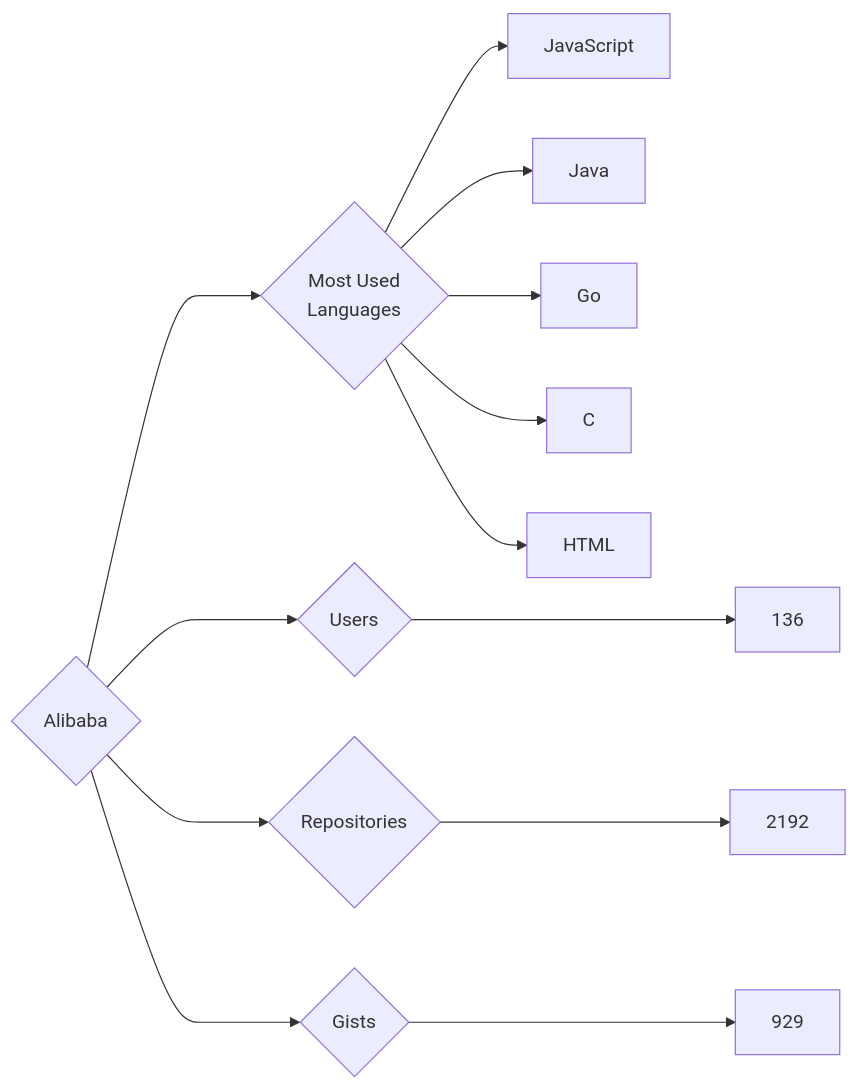
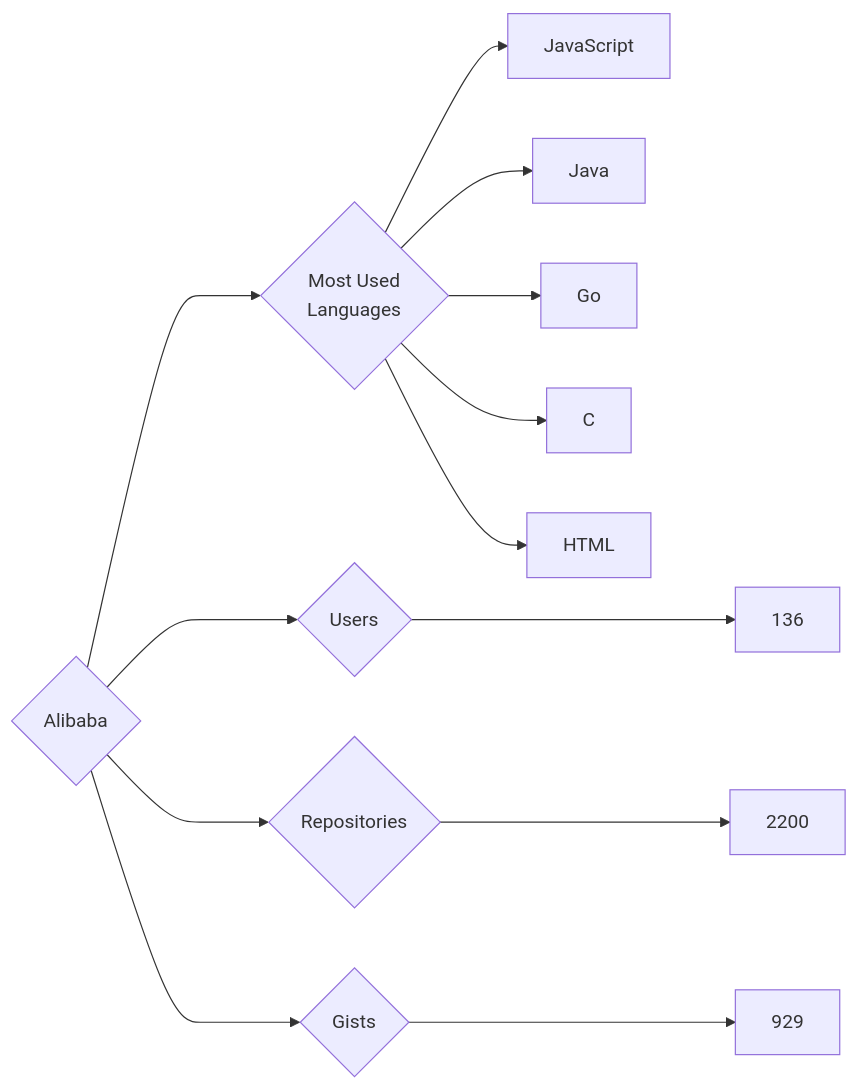
The diagram in targets/Alibaba/README.md (trickest/insiders), drawn with Mermaid before and after one commit. The commit also changed 611 other files, not shown here.

````diff
--- a/targets/Alibaba/README.md
+++ b/targets/Alibaba/README.md
@@ -3,13 +3,13 @@
 ```mermaid
 graph LR
 COMPANY_NAME{Alibaba}
 COMPANY_NAME ---> U{Users} ---> UN[136]
-COMPANY_NAME ---> R{Repositories} ---> RN[2192]
+COMPANY_NAME ---> R{Repositories} ---> RN[2200]
 COMPANY_NAME ---> G{Gists} ---> GN[929]
 COMPANY_NAME ---> ML{Most Used<br>Languages}
 ML --> JavaScript[JavaScript]
 ML --> Java[Java]
 ML --> Go[Go]
 ML --> C[C]
 ML --> HTML[HTML]
 ```
````
